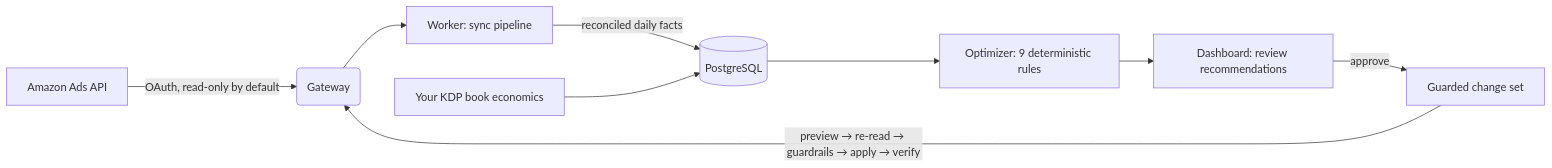
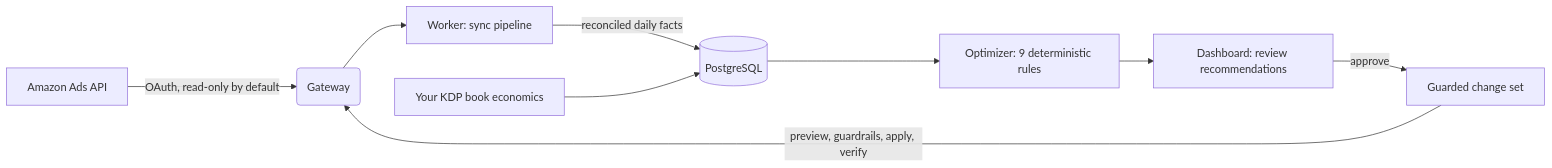
One commit to simonScheff/amazon-king changed the diagram in website/index.md. Above: the diagram before and after it, drawn with Mermaid. The commit also changed 10 other files, not shown here.

````diff
--- a/website/index.md
+++ b/website/index.md
@@ -98,11 +98,11 @@
 ```mermaid
 flowchart LR
     A[Amazon Ads API] -->|OAuth, read-only by default| B(Gateway)
     B --> C[Worker: sync pipeline]
     C -->|reconciled daily facts| D[(PostgreSQL)]
     E[Your KDP book economics] --> D
     D --> F[Optimizer: 9 deterministic rules]
     F --> G[Dashboard: review recommendations]
     G -->|approve| H[Guarded change set]
-    H -->|preview → re-read → guardrails → apply → verify| B
+    H -->|preview, guardrails, apply, verify| B
 ```
````
